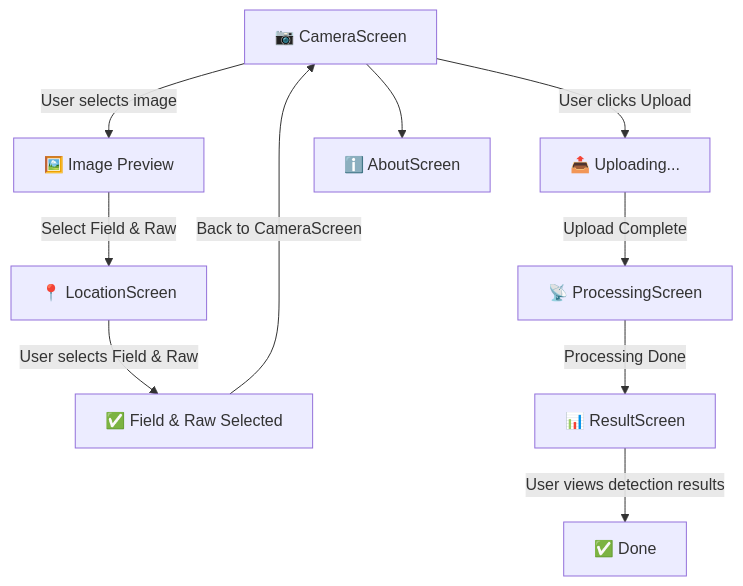
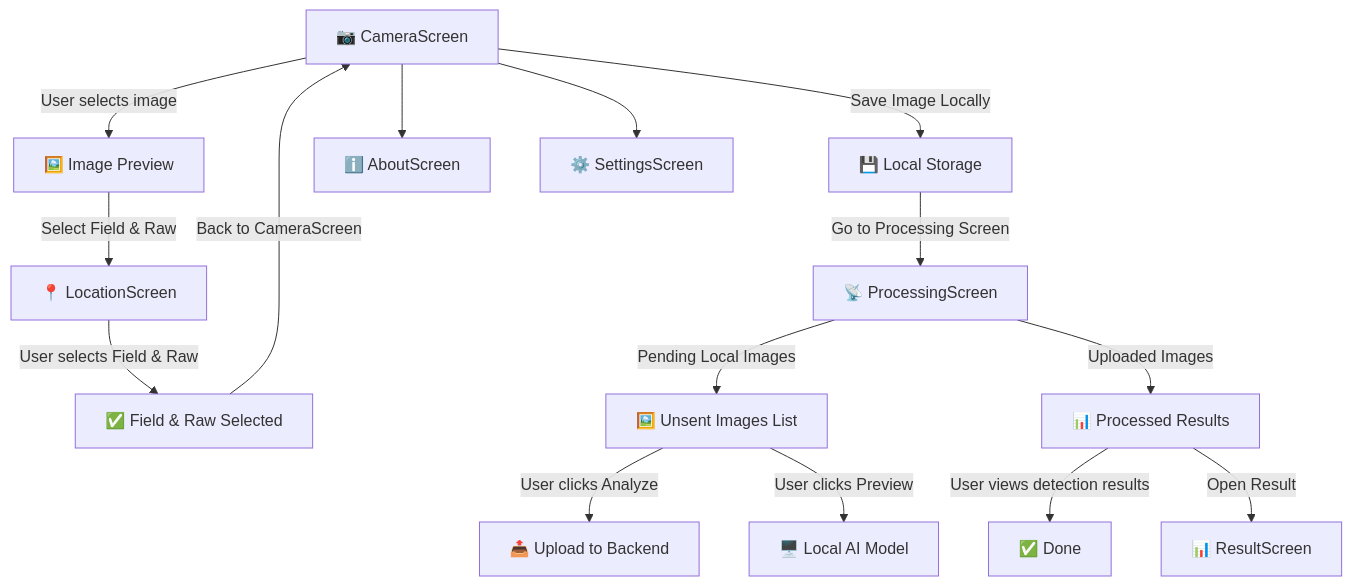
Before and after one commit to nathabee/PomoloBee: the first of 2 diagrams in documentation/App_Specification.md, drawn with Mermaid. The commit also changed other lines of this file and 5 other files, not shown here.

````diff
--- a/documentation/App_Specification.md
+++ b/documentation/App_Specification.md
@@ -49,21 +59,34 @@
 ```mermaid
 graph TD
   %% Entry Point
   A[📷 CameraScreen] -->|User selects image| B[🖼️ Image Preview]
 
-  %% Selecting Field & Raw Before Upload
+  %% Selecting Field & Raw Before Storing Locally
   B -->|Select Field & Raw| L[📍 LocationScreen]
   L -->|User selects Field & Raw| B1[✅ Field & Raw Selected]
   B1 -->|Back to CameraScreen| A
 
-  %% Uploading Process
-  A -->|User clicks Upload| C[📤 Uploading...]
-  C -->|Upload Complete| D[📡 ProcessingScreen]
+  %% Offline Storage Instead of Immediate Upload
+  A -->|Save Image Locally| S[💾 Local Storage]
 
-  %% Processing & Navigation to Results
-  D -->|Processing Done| E[📊 ResultScreen]
+  %% Processing Screen: Two Sections
+  S -->|Go to Processing Screen| D[📡 ProcessingScreen]
+  
+  %% Unsent Images (Stored Locally)
+  D -->|Pending Local Images| U[🖼️ Unsent Images List]
+  U -->|User clicks Analyze| X[📤 Upload to Backend]
+  U -->|User clicks Preview| Y[🖥️ Local AI Model]
+
+  %% Sent & Processed Images
+  D -->|Uploaded Images| E[📊 Processed Results]
   E -->|User views detection results| F[✅ Done]
 
+  %% Results Screen for More Details
+  E -->|Open Result| R[📊 ResultScreen]
+
   %% User Can Access About Screen Anytime
-  A --> G[ℹ️ AboutScreen] 
+  A --> G[ℹ️ AboutScreen]
+
+  %% User Can Resynchronize Orchard Data & Settings
+  A --> H[⚙️ SettingsScreen]
 ```
````
